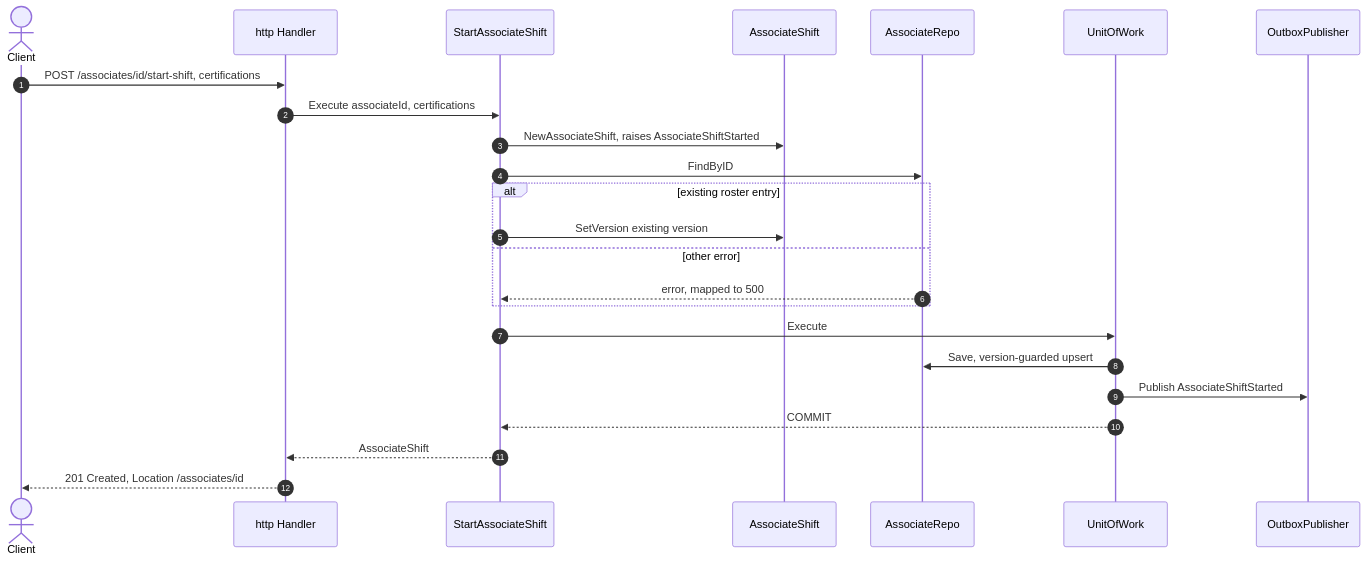
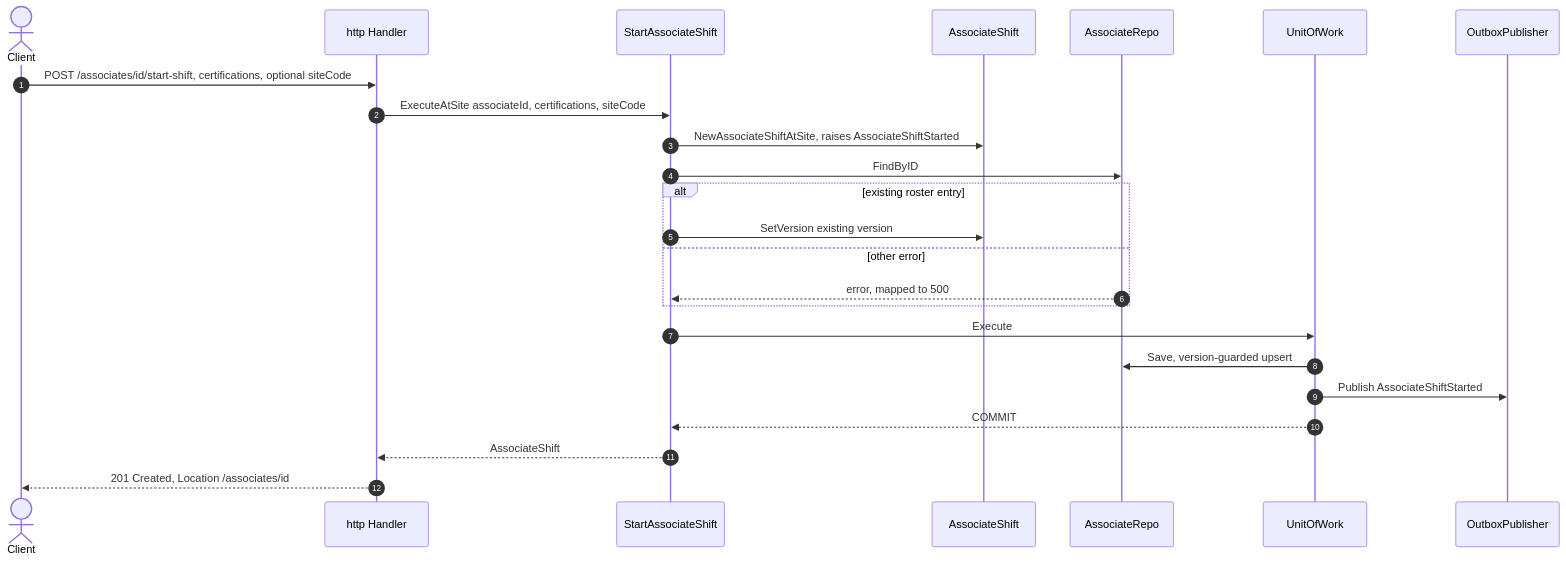
Before and after one commit to IQVO/warehouse-docs: the third of 7 diagrams in docs/contexts/workforce-management/sequence-diagrams.md, drawn with Mermaid. The commit also changed other lines of this file and 318 other files, not shown here.

````diff
--- a/docs/contexts/workforce-management/sequence-diagrams.md
+++ b/docs/contexts/workforce-management/sequence-diagrams.md
@@ -175,26 +175,26 @@
 ```mermaid
 sequenceDiagram
     autonumber
     actor Client
     participant H as http Handler
     participant UC as StartAssociateShift
     participant AS as AssociateShift
     participant AR as AssociateRepo
     participant UoW as UnitOfWork
     participant OB as OutboxPublisher
-    Client->>H: POST /associates/id/start-shift, certifications
-    H->>UC: Execute associateId, certifications
-    UC->>AS: NewAssociateShift, raises AssociateShiftStarted
+    Client->>H: POST /associates/id/start-shift, certifications, optional siteCode
+    H->>UC: ExecuteAtSite associateId, certifications, siteCode
+    UC->>AS: NewAssociateShiftAtSite, raises AssociateShiftStarted
     UC->>AR: FindByID
     alt existing roster entry
         UC->>AS: SetVersion existing version
     else other error
         AR-->>UC: error, mapped to 500
     end
     UC->>UoW: Execute
     UoW->>AR: Save, version-guarded upsert
     UoW->>OB: Publish AssociateShiftStarted
     UoW-->>UC: COMMIT
     UC-->>H: AssociateShift
     H-->>Client: 201 Created, Location /associates/id
 ```
````
